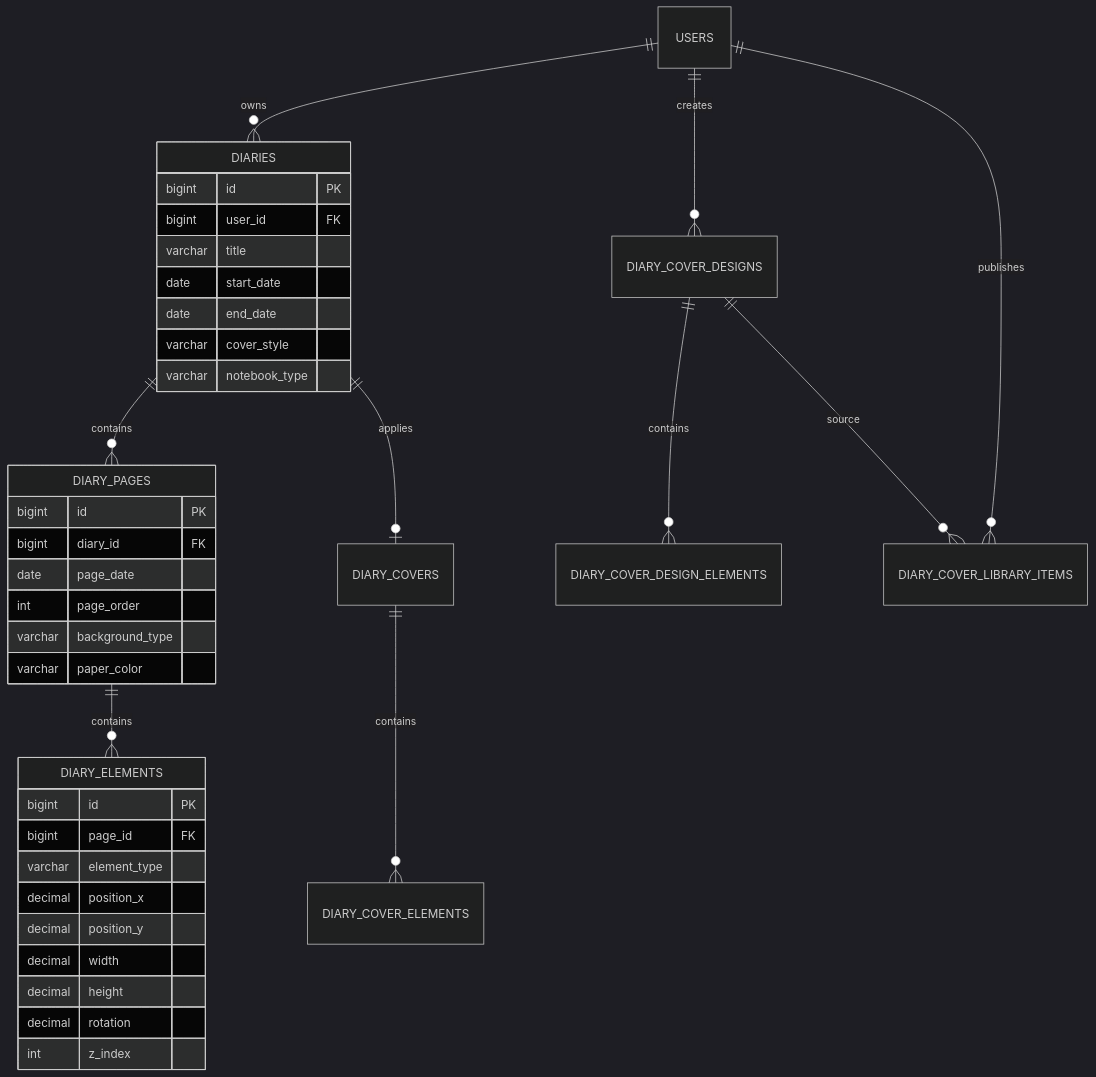
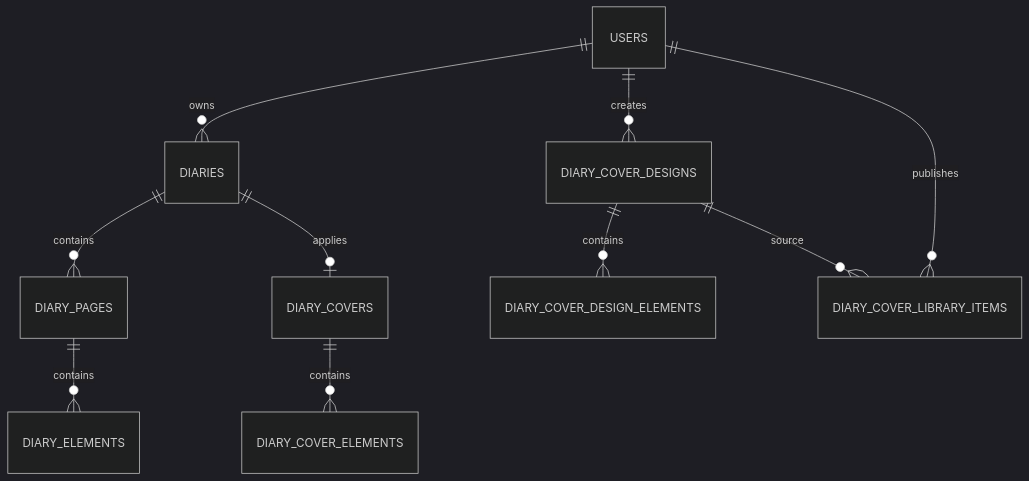
The third of 4 diagrams in README.md (chocofather/travel-diary), drawn with Mermaid (dark theme) before and after one commit. The commit also changed other lines of this file, not shown here.

Commit message:
docs: refine README galleries and ERD

````diff
--- a/README.md
+++ b/README.md
@@ -321,46 +331,15 @@
 ```mermaid
 erDiagram
     USERS ||--o{ DIARIES : owns
     DIARIES ||--o{ DIARY_PAGES : contains
     DIARY_PAGES ||--o{ DIARY_ELEMENTS : contains
 
     USERS ||--o{ DIARY_COVER_DESIGNS : creates
     DIARY_COVER_DESIGNS ||--o{ DIARY_COVER_DESIGN_ELEMENTS : contains
 
     DIARIES ||--o| DIARY_COVERS : applies
     DIARY_COVERS ||--o{ DIARY_COVER_ELEMENTS : contains
 
     USERS ||--o{ DIARY_COVER_LIBRARY_ITEMS : publishes
     DIARY_COVER_DESIGNS ||--o{ DIARY_COVER_LIBRARY_ITEMS : source
-
-    DIARIES {
-        bigint id PK
-        bigint user_id FK
-        varchar title
-        date start_date
-        date end_date
-        varchar cover_style
-        varchar notebook_type
-    }
-
-    DIARY_PAGES {
-        bigint id PK
-        bigint diary_id FK
-        date page_date
-        int page_order
-        varchar background_type
-        varchar paper_color
-    }
-
-    DIARY_ELEMENTS {
-        bigint id PK
-        bigint page_id FK
-        varchar element_type
-        decimal position_x
-        decimal position_y
-        decimal width
-        decimal height
-        decimal rotation
-        int z_index
-    }
 ```
````
